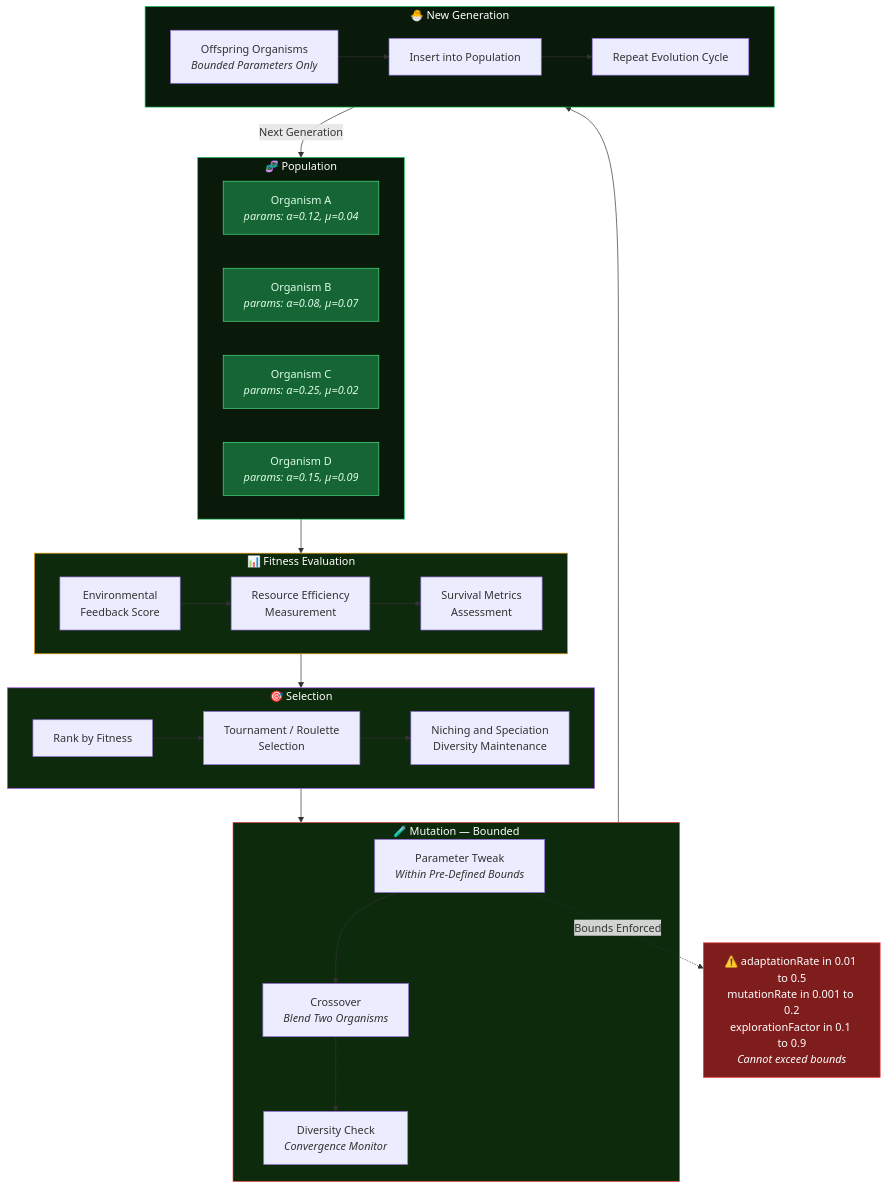
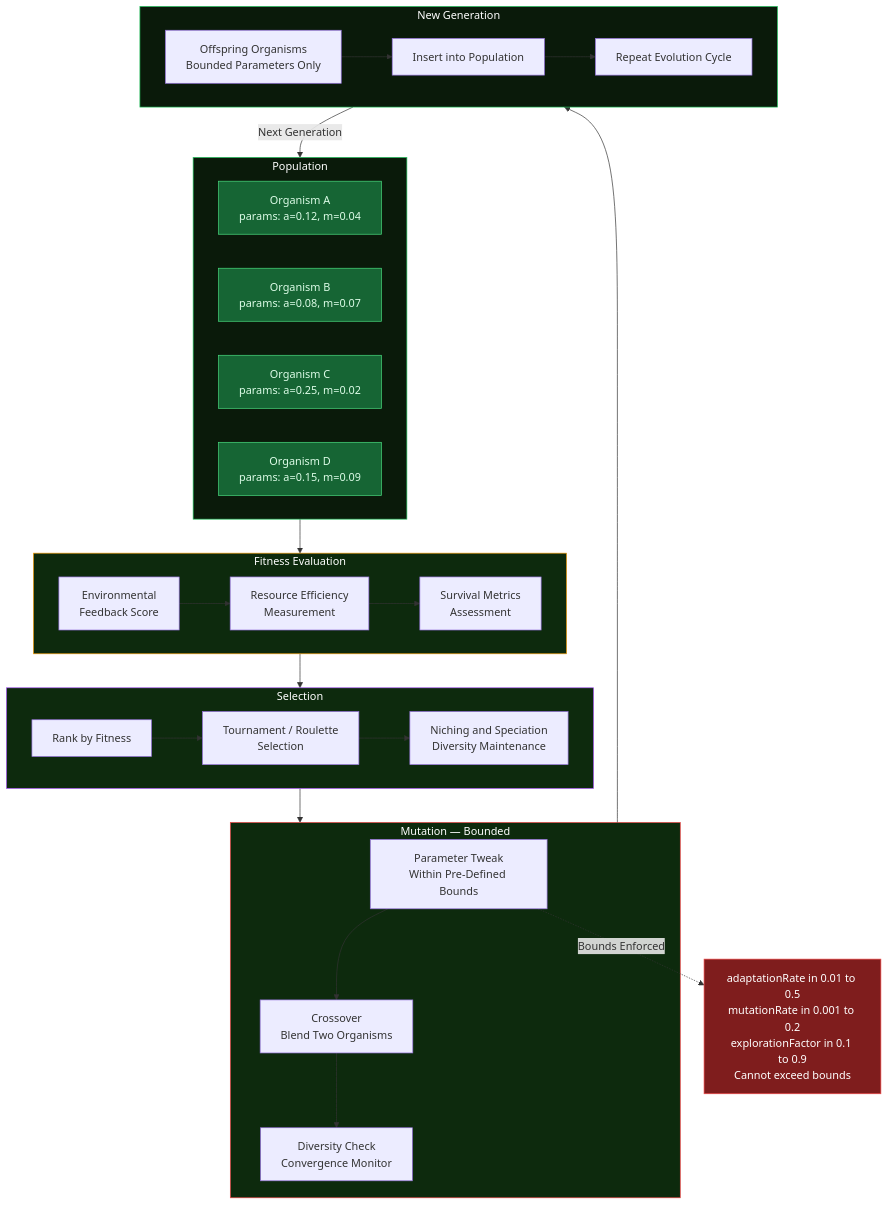
One commit to mulkymalikuldhrs/autonomous-organism changed the third of 5 diagrams in README.md. Above: the diagram before and after it, drawn with Mermaid. The commit also changed other lines of this file and 1 other file, not shown here.

Commit message:
🎨 Upgrade: banner image + fixed Mermaid + animations + flow diagrams

````diff
--- a/README.md
+++ b/README.md
@@ -276,53 +158,53 @@
 ```mermaid
 flowchart TD
-    subgraph POP["🧬 Population"]
-        P1["Organism A<br/><i>params: α=0.12, μ=0.04</i>"]
-        P2["Organism B<br/><i>params: α=0.08, μ=0.07</i>"]
-        P3["Organism C<br/><i>params: α=0.25, μ=0.02</i>"]
-        P4["Organism D<br/><i>params: α=0.15, μ=0.09</i>"]
+    subgraph POP["Population"]
+        P1["Organism A<br/>params: a=0.12, m=0.04"]
+        P2["Organism B<br/>params: a=0.08, m=0.07"]
+        P3["Organism C<br/>params: a=0.25, m=0.02"]
+        P4["Organism D<br/>params: a=0.15, m=0.09"]
     end
 
-    subgraph FIT["📊 Fitness Evaluation"]
+    subgraph FIT["Fitness Evaluation"]
         F1["Environmental<br/>Feedback Score"]
         F2["Resource Efficiency<br/>Measurement"]
         F3["Survival Metrics<br/>Assessment"]
         F1 --> F2 --> F3
     end
 
-    subgraph SELECT["🎯 Selection"]
+    subgraph SELECT["Selection"]
         S1["Rank by Fitness"]
         S2["Tournament / Roulette<br/>Selection"]
         S3["Niching and Speciation<br/>Diversity Maintenance"]
         S1 --> S2 --> S3
     end
 
-    subgraph MUTATE["🧪 Mutation — Bounded"]
-        M1["Parameter Tweak<br/><i>Within Pre-Defined Bounds</i>"]
-        M2["Crossover<br/><i>Blend Two Organisms</i>"]
-        M3["Diversity Check<br/><i>Convergence Monitor</i>"]
+    subgraph MUTATE["Mutation — Bounded"]
+        M1["Parameter Tweak<br/>Within Pre-Defined Bounds"]
+        M2["Crossover<br/>Blend Two Organisms"]
+        M3["Diversity Check<br/>Convergence Monitor"]
         M1 --> M2 --> M3
     end
 
-    subgraph NEW["🐣 New Generation"]
-        N1["Offspring Organisms<br/><i>Bounded Parameters Only</i>"]
+    subgraph NEW["New Generation"]
+        N1["Offspring Organisms<br/>Bounded Parameters Only"]
         N2["Insert into Population"]
         N3["Repeat Evolution Cycle"]
         N1 --> N2 --> N3
     end
 
     POP --> FIT --> SELECT --> MUTATE --> NEW
-    NEW -->|Next Generation| POP
+    NEW -->|"Next Generation"| POP
 
-    M1 -.->|Bounds Enforced| BOUNDS["⚠️ adaptationRate in 0.01 to 0.5<br/>mutationRate in 0.001 to 0.2<br/>explorationFactor in 0.1 to 0.9<br/><i>Cannot exceed bounds</i>"]
+    M1 -.->|"Bounds Enforced"| BOUNDS["adaptationRate in 0.01 to 0.5<br/>mutationRate in 0.001 to 0.2<br/>explorationFactor in 0.1 to 0.9<br/>Cannot exceed bounds"]
 
     style POP fill:#0a1a0a,stroke:#22c55e,color:#fff
     style FIT fill:#0d2a0d,stroke:#f59e0b,color:#fff
     style SELECT fill:#0d2a0d,stroke:#a855f7,color:#fff
     style MUTATE fill:#0d2a0d,stroke:#ef4444,color:#fff
     style NEW fill:#0a1a0a,stroke:#22c55e,color:#fff
     style BOUNDS fill:#7f1d1d,stroke:#ef4444,color:#fff
     style P1 fill:#166534,stroke:#4ade80,color:#dcfce7
     style P2 fill:#166534,stroke:#4ade80,color:#dcfce7
     style P3 fill:#166534,stroke:#4ade80,color:#dcfce7
     style P4 fill:#166534,stroke:#4ade80,color:#dcfce7
 ```
````
